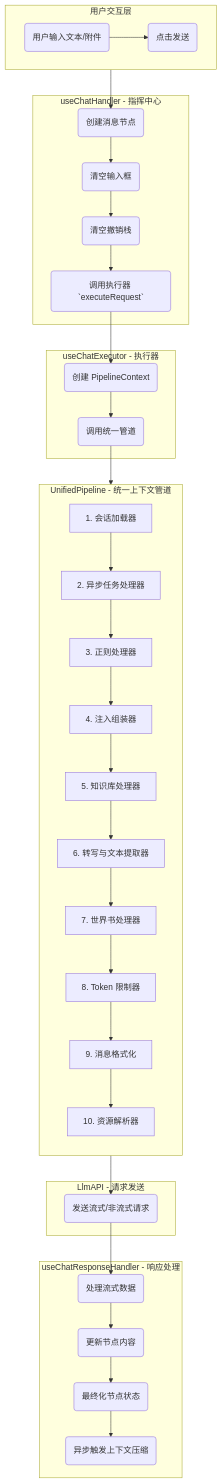
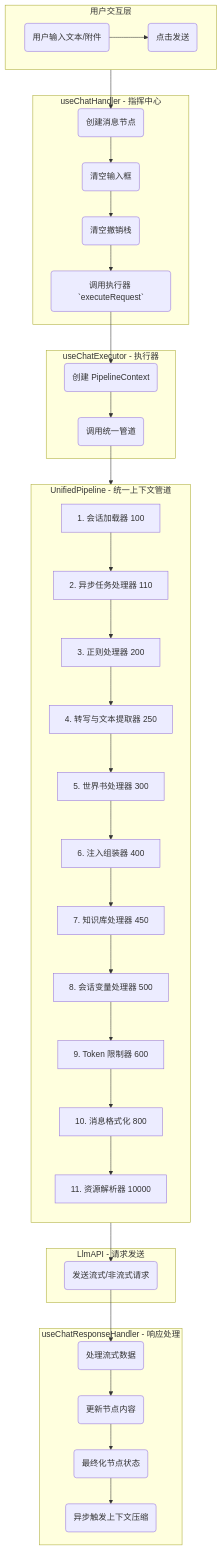
The second of 2 diagrams in src/tools/llm-chat/ARCHITECTURE.md (miaotouy/aio-hub), drawn with Mermaid before and after one commit. The commit also changed other lines of this file, not shown here.

````diff
--- a/src/tools/llm-chat/ARCHITECTURE.md
+++ b/src/tools/llm-chat/ARCHITECTURE.md
@@ -595,49 +921,50 @@
 ```mermaid
 graph TD
     subgraph A [用户交互层]
         direction LR
         A1(用户输入文本/附件) --> A2(点击发送)
     end
 
     subgraph B [useChatHandler - 指挥中心]
         B1(创建消息节点) --> B2(清空输入框)
         B2 --> B3(清空撤销栈)
         B3 --> B4(调用执行器 `executeRequest`)
     end
 
     subgraph C [useChatExecutor - 执行器]
         C1(创建 PipelineContext) --> C2(调用统一管道)
     end
 
     subgraph D [UnifiedPipeline - 统一上下文管道]
         direction TB
-        D1[1. 会话加载器]
-        D2[2. 异步任务处理器]
-        D3[3. 正则处理器]
-        D4[4. 注入组装器]
-        D5[5. 知识库处理器]
-        D6[6. 转写与文本提取器]
-        D7[7. 世界书处理器]
-        D8[8. Token 限制器]
-        D9[9. 消息格式化]
-        D10[10. 资源解析器]
+        D1[1. 会话加载器 100]
+        D2[2. 异步任务处理器 110]
+        D3[3. 正则处理器 200]
+        D4[4. 转写与文本提取器 250]
+        D5[5. 世界书处理器 300]
+        D6[6. 注入组装器 400]
+        D7[7. 知识库处理器 450]
+        D8[8. 会话变量处理器 500]
+        D9[9. Token 限制器 600]
+        D10[10. 消息格式化 800]
+        D11[11. 资源解析器 10000]
 
-        D1 --> D2 --> D3 --> D4 --> D5 --> D6 --> D7 --> D8 --> D9 --> D10
+        D1 --> D2 --> D3 --> D4 --> D5 --> D6 --> D7 --> D8 --> D9 --> D10 --> D11
     end
 
     subgraph E [LlmAPI - 请求发送]
         E1(发送流式/非流式请求)
     end
 
     subgraph F [useChatResponseHandler - 响应处理]
         F1(处理流式数据) --> F2(更新节点内容)
         F2 --> F3(最终化节点状态)
         F3 --> F4(异步触发上下文压缩)
     end
 
     A2 --> B1
     B4 --> C1
     C2 --> D
-    D10 --> E1
+    D11 --> E1
     E1 --> F1
 ```
````
